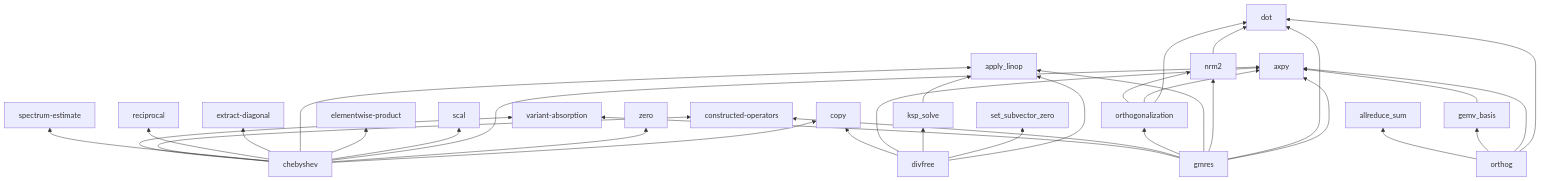
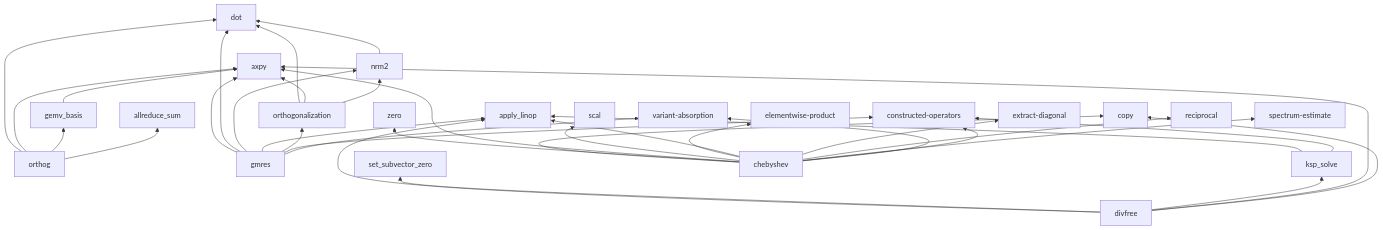
The third of 5 diagrams in book/src/concepts/dependency-map.md (crutcher/palace_whiteroom), drawn with Mermaid before and after one commit. The commit also changed 3 other files, not shown here.

````diff
--- a/book/src/concepts/dependency-map.md
+++ b/book/src/concepts/dependency-map.md
@@ -56,36 +56,37 @@
 ```mermaid
 graph BT
   orthog --> dot
   orthog --> axpy
   orthog --> gemv_basis
   orthog --> allreduce_sum
   gemv_basis --> axpy
   nrm2 --> dot
   orthogonalization --> dot
   orthogonalization --> axpy
   orthogonalization --> nrm2
   gmres --> axpy
   gmres --> dot
   gmres --> nrm2
   gmres --> apply_linop
   gmres --> orthogonalization
   gmres --> constructed-operators
   gmres --> variant-absorption
   ksp_solve --> apply_linop
   divfree --> apply_linop
   divfree --> set_subvector_zero
   divfree --> ksp_solve
   divfree --> axpy
   divfree --> copy
   chebyshev --> copy
   chebyshev --> zero
   chebyshev --> axpy
   chebyshev --> scal
   chebyshev --> elementwise-product
   chebyshev --> apply_linop
   chebyshev --> extract-diagonal
   chebyshev --> reciprocal
   chebyshev --> spectrum-estimate
   chebyshev --> constructed-operators
   chebyshev --> variant-absorption
+  ksp_solve --> constructed-operators
 ```
````
